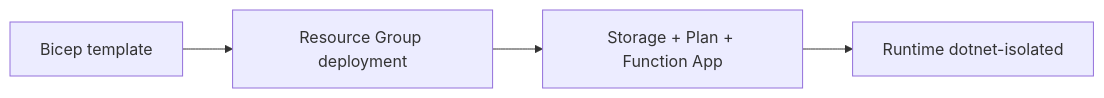
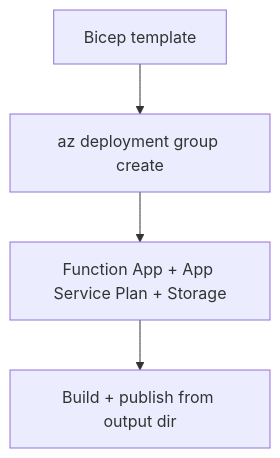
Before and after one commit to yeongseon/azure-functions-practical-guide: the diagram in docs/language-guides/dotnet/tutorial/dedicated/05-infrastructure-as-code.md, drawn with Mermaid. The commit also changed other lines of this file and 7 other files, not shown here.

````diff
--- a/docs/language-guides/dotnet/tutorial/dedicated/05-infrastructure-as-code.md
+++ b/docs/language-guides/dotnet/tutorial/dedicated/05-infrastructure-as-code.md
@@ -93,6 +34,6 @@
 ```mermaid
-flowchart LR
-    A[Bicep template] --> B[Resource Group deployment]
-    B --> C[Storage + Plan + Function App]
-    C --> D[Runtime dotnet-isolated]
+flowchart TD
+    A[Bicep template] --> B[az deployment group create]
+    B --> C[Function App + App Service Plan + Storage]
+    C --> D["Build + publish from output dir"]
 ```
````
